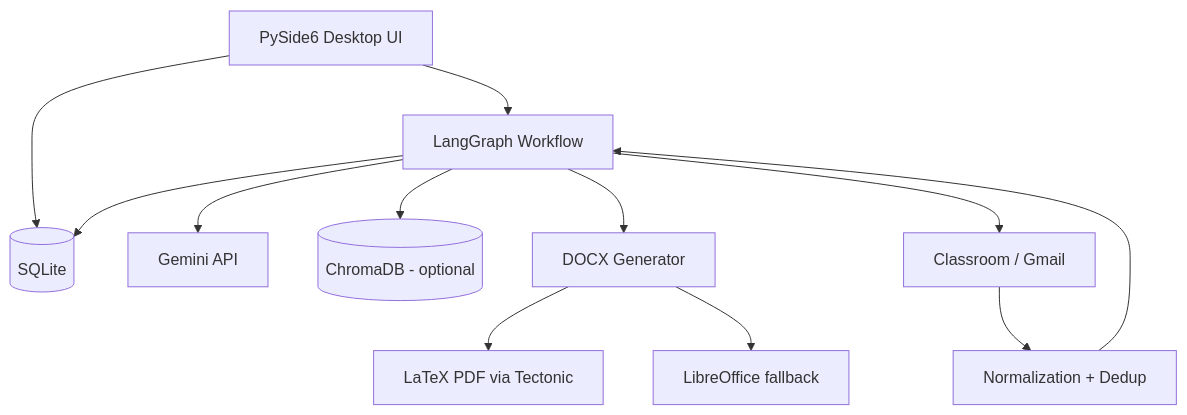
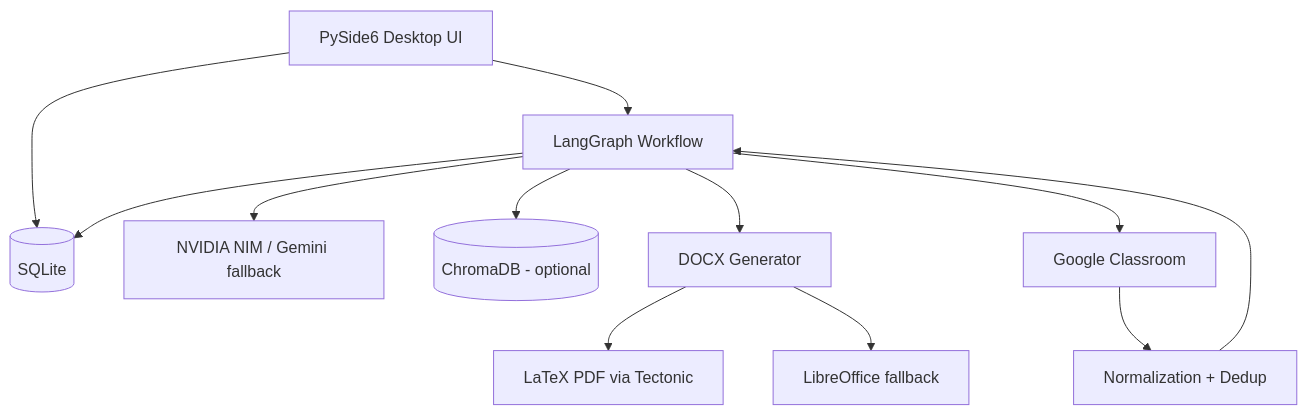
One commit to prabeshbchettri/Academic_Assistant changed the first of 2 diagrams in plan.md. Above: the diagram before and after it, drawn with Mermaid. The commit also changed other lines of this file and 77 other files, not shown here.

````diff
--- a/plan.md
+++ b/plan.md
@@ -77,14 +78,14 @@
 ```mermaid
 flowchart TD
     UI[PySide6 Desktop UI] --> WF[LangGraph Workflow]
     UI --> DB[(SQLite)]
     WF --> DB
-    WF --> LLM[Gemini API]
+    WF --> LLM[NVIDIA NIM / Gemini fallback]
     WF --> RAG[(ChromaDB - optional)]
     WF --> DOC[DOCX Generator]
     DOC --> LT[LaTeX PDF via Tectonic]
     DOC --> LO[LibreOffice fallback]
-    WF --> G[Classroom / Gmail]
+    WF --> G[Google Classroom]
     G --> NORM[Normalization + Dedup]
     NORM --> WF
 ```
````
